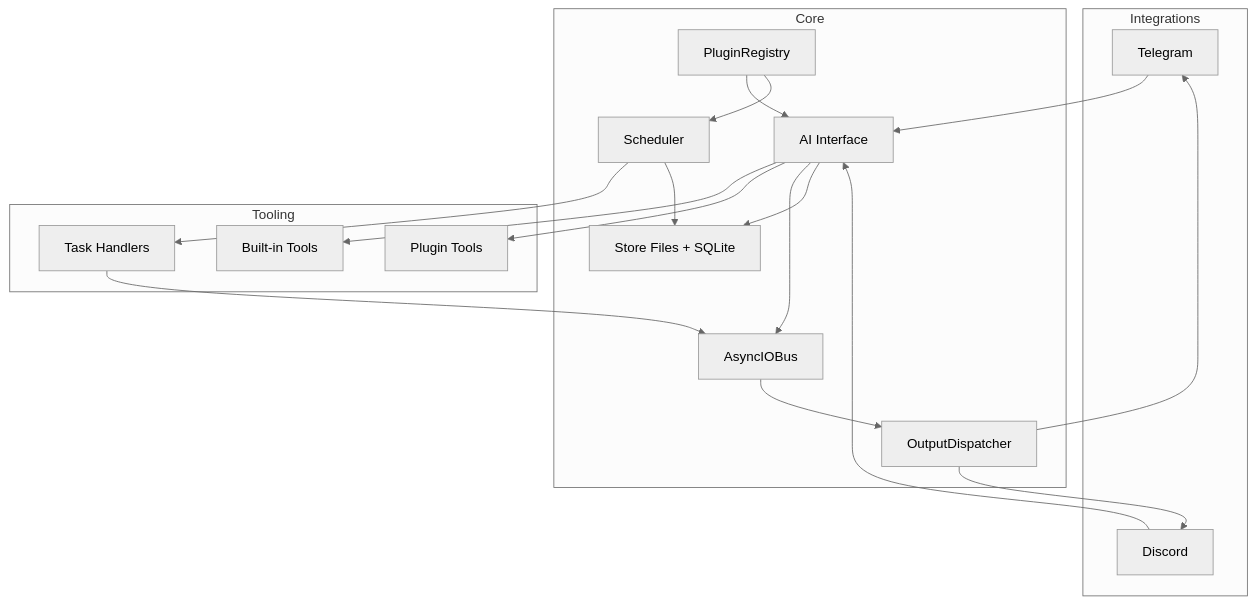
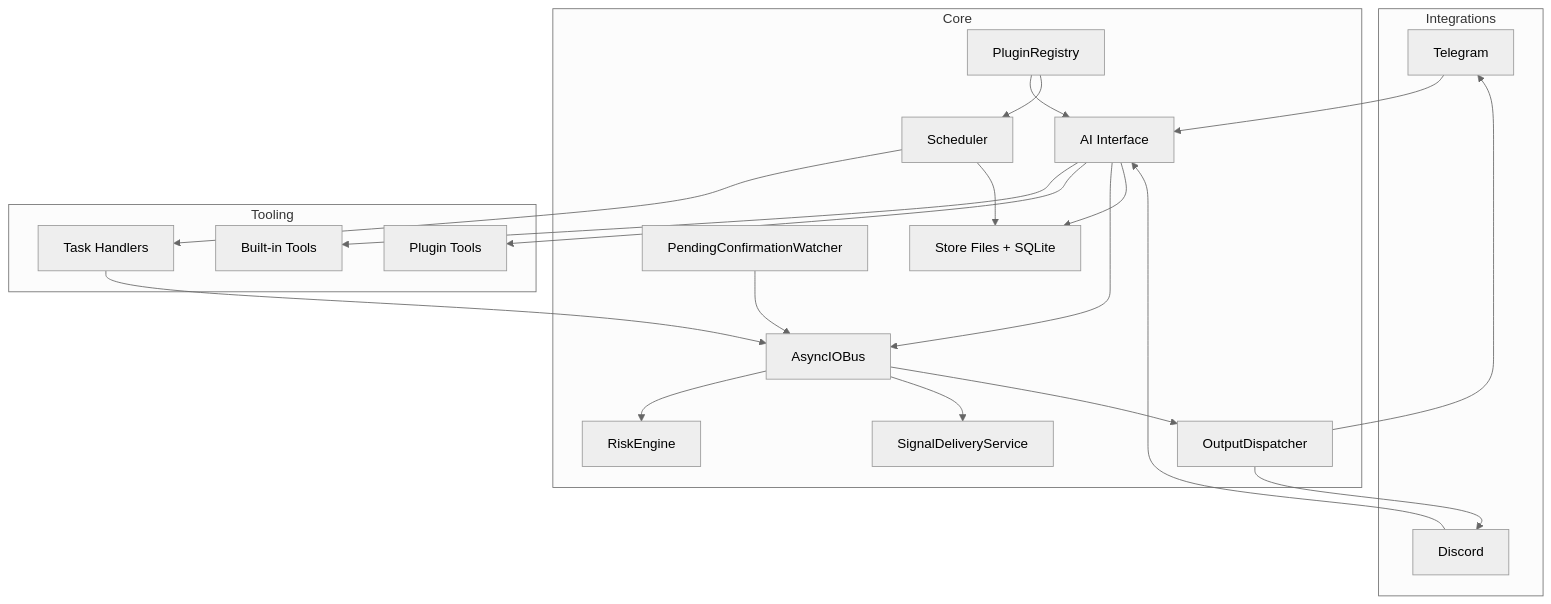
One commit to tedboudros/OpenSuperFin changed the diagram in docs/ARCHITECTURE.md. Above: the diagram before and after it, drawn with Mermaid (neutral theme). The commit also changed other lines of this file and 16 other files, not shown here.

````diff
--- a/docs/ARCHITECTURE.md
+++ b/docs/ARCHITECTURE.md
@@ -41,37 +44,43 @@
 ```mermaid
 graph TB
     subgraph Integrations
         TG[Telegram]
         DC[Discord]
     end
 
     subgraph Core
         AI[AI Interface]
         BUS[AsyncIOBus]
+        RISK[RiskEngine]
+        DEL[SignalDeliveryService]
+        REM[PendingConfirmationWatcher]
         SCH[Scheduler]
         OUT[OutputDispatcher]
         REG[PluginRegistry]
         STORE[Store Files + SQLite]
     end
 
     subgraph Tooling
         BT[Built-in Tools]
         PT[Plugin Tools]
         TH[Task Handlers]
     end
 
     TG --> AI
     DC --> AI
     AI --> BT
     AI --> PT
     AI --> BUS
+    BUS --> RISK
+    BUS --> DEL
+    REM --> BUS
     SCH --> TH
     TH --> BUS
     BUS --> OUT
     OUT --> TG
     OUT --> DC
     AI --> STORE
     SCH --> STORE
     REG --> AI
     REG --> SCH
 ```
````
